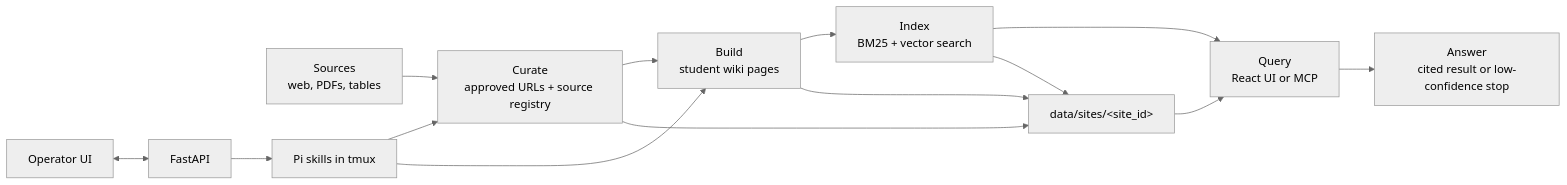
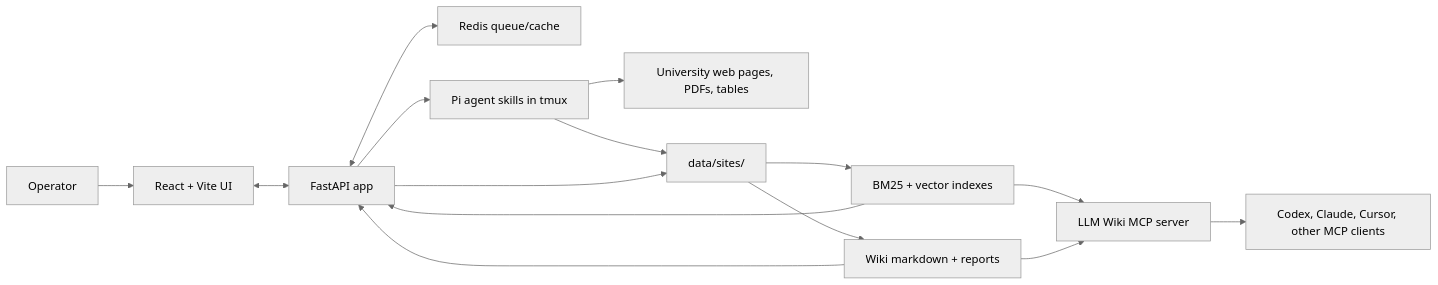
One commit to yawbtng/SMU_Wiki_Agent changed the diagram in README.md. Above: the diagram before and after it, drawn with Mermaid (neutral theme). The commit also changed other lines of this file and 40 other files, not shown here.

Commit message:
prepare wiki agent delivery

````diff
--- a/README.md
+++ b/README.md
@@ -17,25 +9,29 @@
 ```mermaid
 flowchart LR
-    sources["Sources<br/>web, PDFs, tables"]
-    curate["Curate<br/>approved URLs + source registry"]
-    build["Build<br/>student wiki pages"]
-    index["Index<br/>BM25 + vector search"]
-    query["Query<br/>React UI or MCP"]
-    answer["Answer<br/>cited result or low-confidence stop"]
+    operator["Operator"]
+    ui["React + Vite UI"]
+    api["FastAPI app"]
+    redis["Redis queue/cache"]
+    skills["Pi agent skills in tmux"]
+    sources["University web pages, PDFs, tables"]
+    data["data/sites/<site_id>"]
+    wiki["Wiki markdown + reports"]
+    index["BM25 + vector indexes"]
+    mcp["LLM Wiki MCP server"]
+    clients["Codex, Claude, Cursor, other MCP clients"]
 
-    sources --> curate --> build --> index --> query --> answer
-
-    ui["Operator UI"]
-    api["FastAPI"]
-    jobs["Pi skills in tmux"]
-    data["data/sites/&lt;site_id&gt;"]
-
+    operator --> ui
     ui <--> api
-    api --> jobs
-    jobs --> curate
-    jobs --> build
-    curate --> data
-    build --> data
-    index --> data
-    data --> query
+    api <--> redis
+    api --> skills
+    skills --> sources
+    skills --> data
+    data --> wiki
+    data --> index
+    api --> data
+    index --> api
+    wiki --> api
+    index --> mcp
+    wiki --> mcp
+    mcp --> clients
 ```
````
